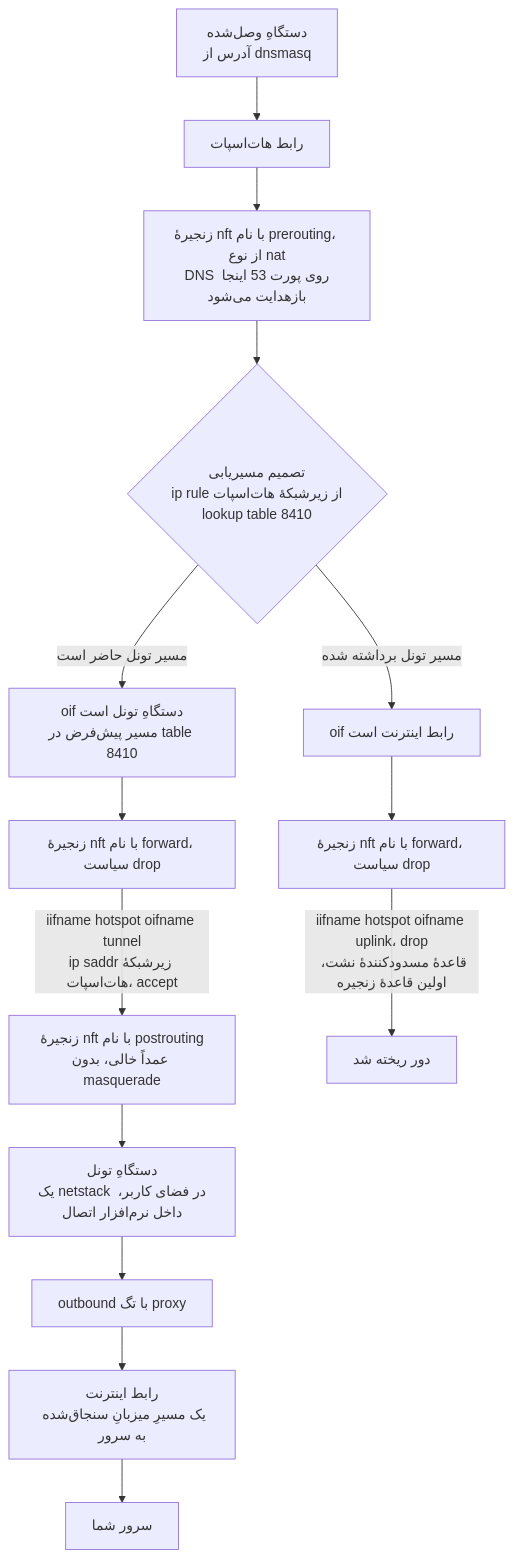
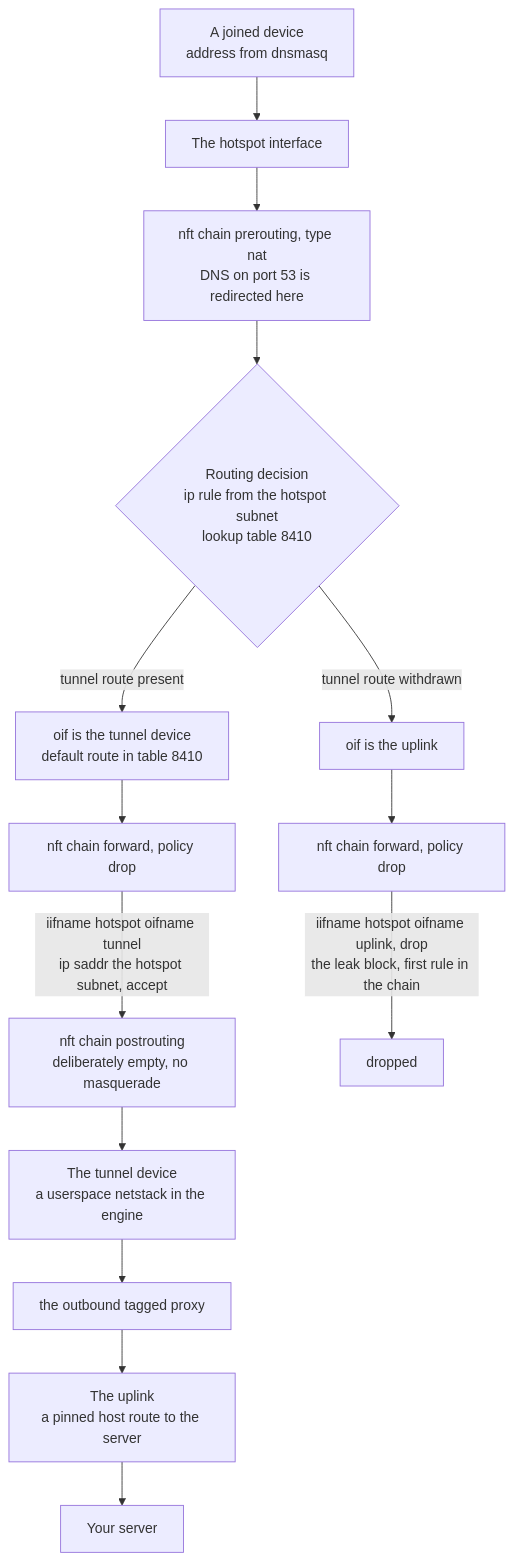
The fifth of 8 diagrams in docs/wiki/Architecture.fa.md (Iman/caspian), drawn with Mermaid before and after one commit. The commit also changed other lines of this file and 149 other files, not shown here.

````diff
--- a/docs/wiki/Architecture.fa.md
+++ b/docs/wiki/Architecture.fa.md
@@ -250,16 +234,16 @@
 ```mermaid
 flowchart TB
-    DEV["دستگاهِ وصل‌شده<br/>آدرس از dnsmasq"] --> IF["رابط هات‌اسپات"]
-    IF --> PRE["زنجیرهٔ nft با نام prerouting، از نوع nat<br/>DNS روی پورت 53 اینجا بازهدایت می‌شود"]
-    PRE --> ROUTE{"تصمیم مسیریابی<br/>ip rule از زیرشبکهٔ هات‌اسپات<br/>lookup table 8410"}
-    ROUTE -->|"مسیر تونل حاضر است"| TOTUN["oif دستگاهِ تونل است<br/>مسیر پیش‌فرض در table 8410"]
-    ROUTE -->|"مسیر تونل برداشته شده"| TOUP["oif رابط اینترنت است"]
-    TOTUN --> FW1["زنجیرهٔ nft با نام forward، سیاست drop"]
-    TOUP --> FW2["زنجیرهٔ nft با نام forward، سیاست drop"]
-    FW1 -->|"iifname hotspot oifname tunnel<br/>ip saddr زیرشبکهٔ هات‌اسپات، accept"| POST["زنجیرهٔ nft با نام postrouting<br/>عمداً خالی، بدون masquerade"]
-    FW2 -->|"iifname hotspot oifname uplink، drop<br/>قاعدهٔ مسدودکنندهٔ نشت، اولین قاعدهٔ زنجیره"| DROP["دور ریخته شد"]
-    POST --> TUN["دستگاهِ تونل<br/>یک netstack در فضای کاربر، داخل نرم‌افزار اتصال"]
-    TUN --> OB["outbound با تگ proxy"]
-    OB --> UP["رابط اینترنت<br/>یک مسیرِ میزبانِ سنجاق‌شده به سرور"]
-    UP --> SRV["سرور شما"]
+    DEV["A joined device<br/>address from dnsmasq"] --> IF["The hotspot interface"]
+    IF --> PRE["nft chain prerouting, type nat<br/>DNS on port 53 is redirected here"]
+    PRE --> ROUTE{"Routing decision<br/>ip rule from the hotspot subnet<br/>lookup table 8410"}
+    ROUTE -->|"tunnel route present"| TOTUN["oif is the tunnel device<br/>default route in table 8410"]
+    ROUTE -->|"tunnel route withdrawn"| TOUP["oif is the uplink"]
+    TOTUN --> FW1["nft chain forward, policy drop"]
+    TOUP --> FW2["nft chain forward, policy drop"]
+    FW1 -->|"iifname hotspot oifname tunnel<br/>ip saddr the hotspot subnet, accept"| POST["nft chain postrouting<br/>deliberately empty, no masquerade"]
+    FW2 -->|"iifname hotspot oifname uplink, drop<br/>the leak block, first rule in the chain"| DROP["dropped"]
+    POST --> TUN["The tunnel device<br/>a userspace netstack in the engine"]
+    TUN --> OB["the outbound tagged proxy"]
+    OB --> UP["The uplink<br/>a pinned host route to the server"]
+    UP --> SRV["Your server"]
 ```
````
